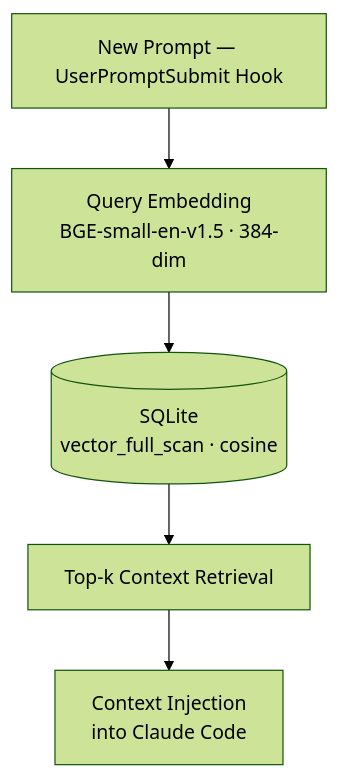
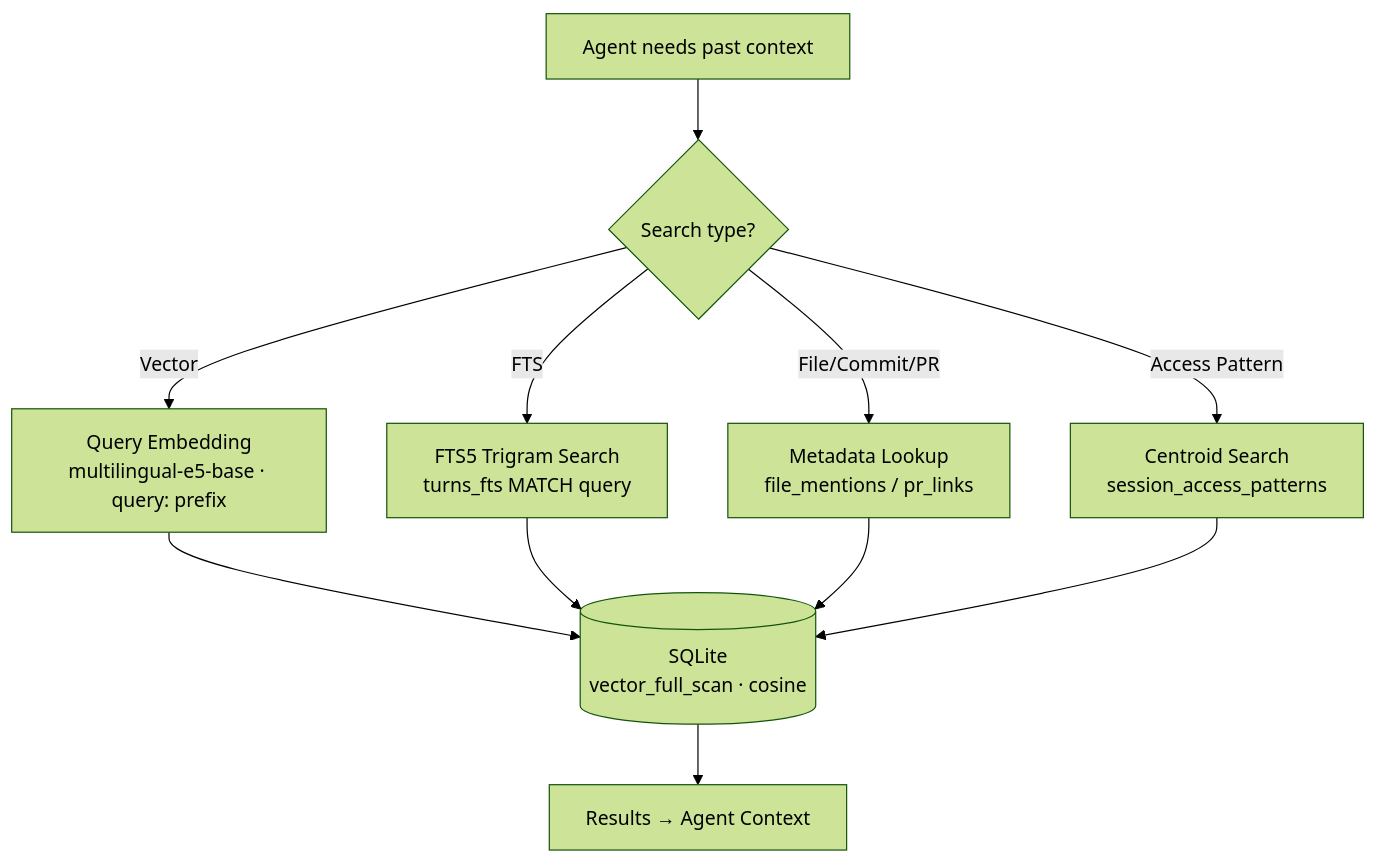
Before and after one commit to fenv-org/mementor: the second of 2 diagrams in README.md, drawn with Mermaid (forest theme). The commit also changed other lines of this file and 6 other files, not shown here.

````diff
--- a/README.md
+++ b/README.md
@@ -111,7 +175,13 @@
 ```mermaid
 flowchart TD
-    A["New Prompt — UserPromptSubmit Hook"] --> B["Query Embedding<br/>BGE-small-en-v1.5 · 384-dim"]
-    B --> C[("SQLite<br/>vector_full_scan · cosine")]
-    C --> D["Top-k Context Retrieval"]
-    D --> E["Context Injection<br/>into Claude Code"]
+    A["Agent needs past context"] --> B{"Search type?"}
+    B -->|Vector| C["Query Embedding<br/>multilingual-e5-base · query: prefix"]
+    B -->|FTS| D["FTS5 Trigram Search<br/>turns_fts MATCH query"]
+    B -->|File/Commit/PR| E["Metadata Lookup<br/>file_mentions / pr_links"]
+    B -->|Access Pattern| F["Centroid Search<br/>session_access_patterns"]
+    C --> G[("SQLite<br/>vector_full_scan · cosine")]
+    D --> G
+    E --> G
+    F --> G
+    G --> H["Results → Agent Context"]
 ```
````
